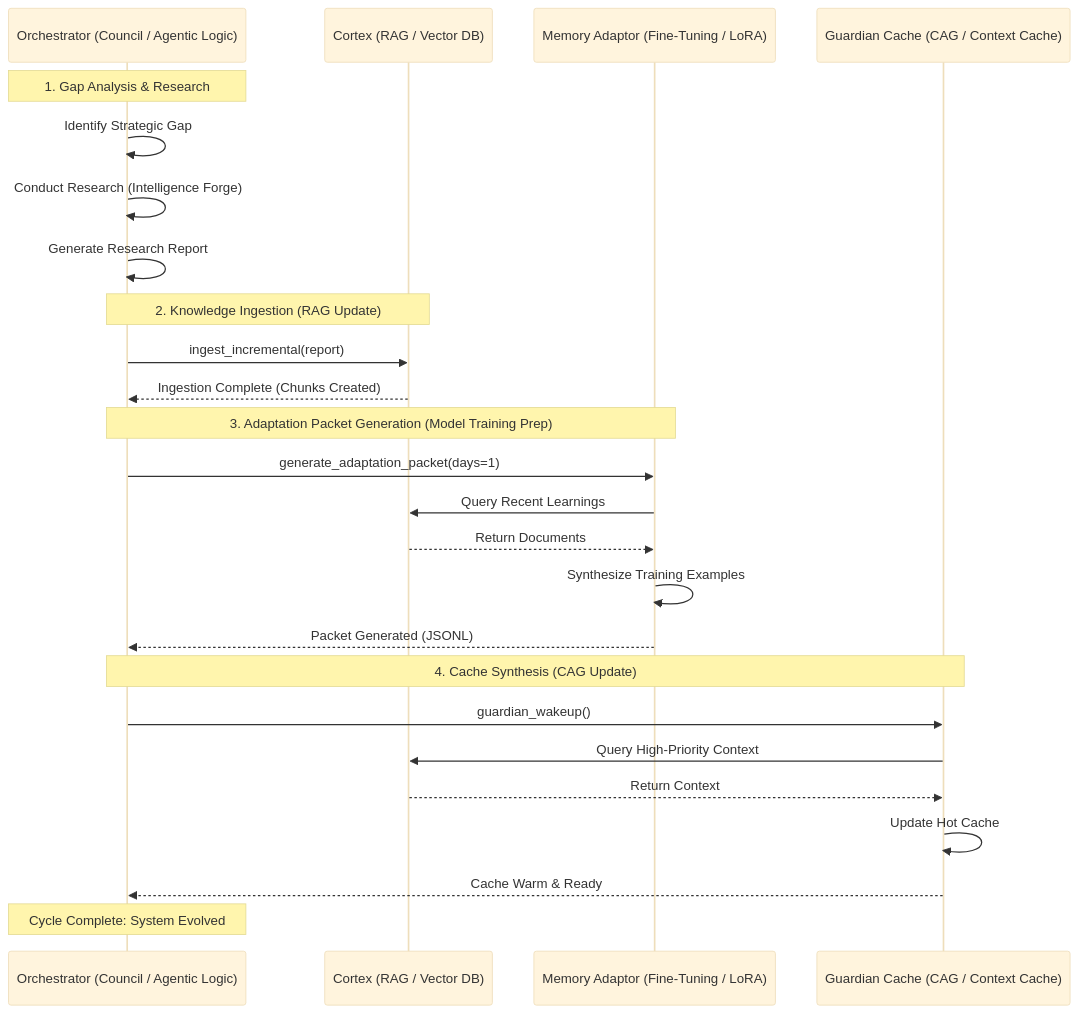
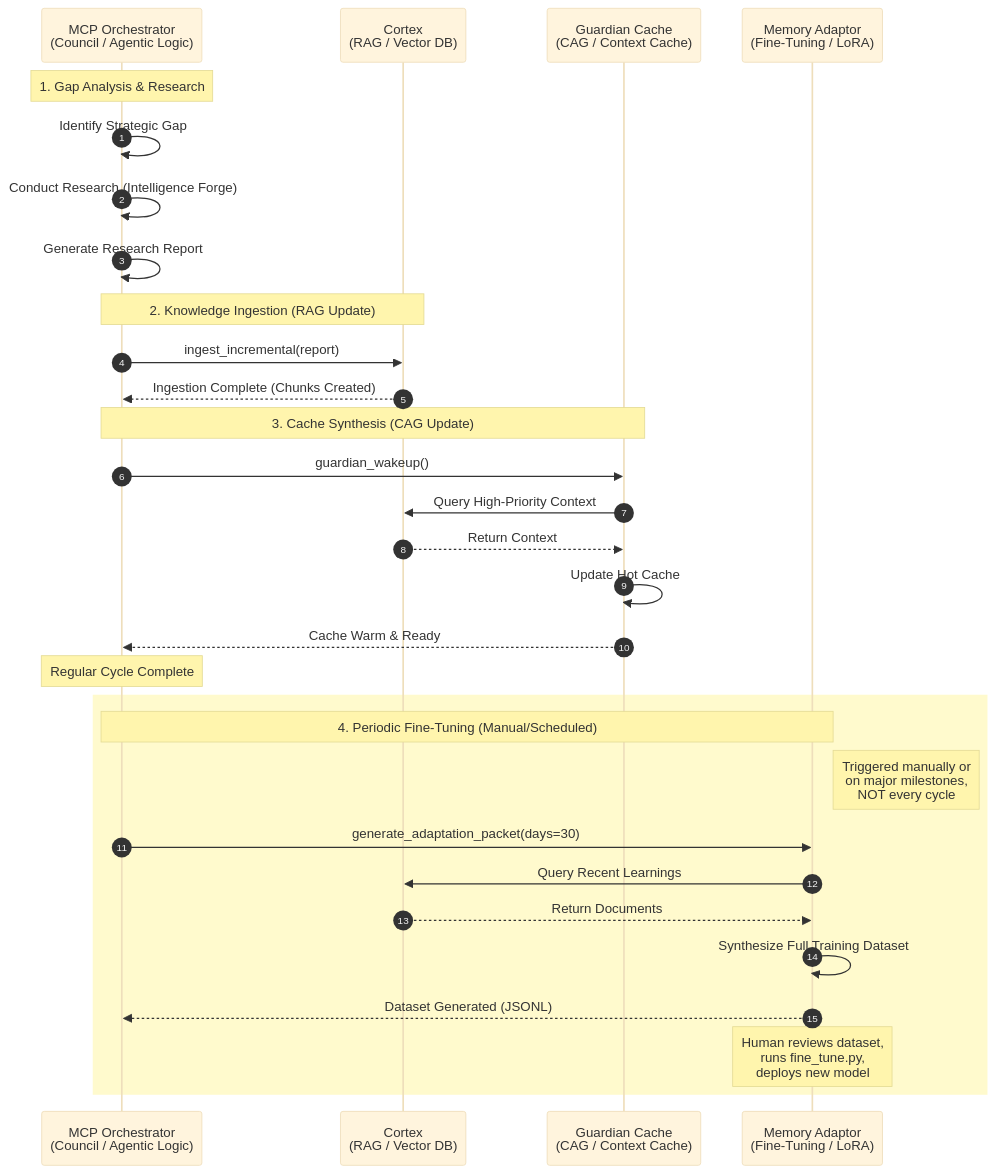
One commit to richfrem/Project_Sanctuary changed the first of 4 diagrams in README.md. Above: the diagram before and after it, drawn with Mermaid (base theme). The commit also changed 2 other files, not shown here.

Commit message:
docs: clarify fine-tuning is periodic, not per-cycle
- Moved fine-tuning to separate highlighted section
- Updated cycle to show regular flow: Research → RAG → Cache
- Added notes that fine-tuning is manual/scheduled, not automatic
- Changed adaptation packet timeframe from days=1 to days=30

````diff
--- a/README.md
+++ b/README.md
@@ -59,32 +59,37 @@
 ```mermaid
 sequenceDiagram
-    participant O as Orchestrator (Council / Agentic Logic)
-    participant C as Cortex (RAG / Vector DB)
-    participant M as Memory Adaptor (Fine-Tuning / LoRA)
-    participant G as Guardian Cache (CAG / Context Cache)
+    autonumber
+    participant O as MCP Orchestrator <BR>(Council / Agentic Logic)
+    participant C as Cortex <BR>(RAG / Vector DB)
+    participant G as Guardian Cache <BR>(CAG / Context Cache)
+    participant M as Memory Adaptor <BR>(Fine-Tuning / LoRA)
 
     Note over O: 1. Gap Analysis & Research
     O->>O: Identify Strategic Gap
     O->>O: Conduct Research (Intelligence Forge)
     O->>O: Generate Research Report
 
     Note over O, C: 2. Knowledge Ingestion (RAG Update)
     O->>C: ingest_incremental(report)
     C-->>O: Ingestion Complete (Chunks Created)
 
-    Note over O, M: 3. Adaptation Packet Generation (Model Training Prep)
-    O->>M: generate_adaptation_packet(days=1)
-    M->>C: Query Recent Learnings
-    C-->>M: Return Documents
-    M->>M: Synthesize Training Examples
-    M-->>O: Packet Generated (JSONL)
-
-    Note over O, G: 4. Cache Synthesis (CAG Update)
+    Note over O, G: 3. Cache Synthesis (CAG Update)
     O->>G: guardian_wakeup()
     G->>C: Query High-Priority Context
     C-->>G: Return Context
     G->>G: Update Hot Cache
     G-->>O: Cache Warm & Ready
 
-    Note over O: Cycle Complete: System Evolved
+    Note over O: Regular Cycle Complete
+
+    rect rgb(255, 250, 205)
+        Note over O, M: 4. Periodic Fine-Tuning (Manual/Scheduled)
+        Note right of M: Triggered manually or<br/>on major milestones,<br/>NOT every cycle
+        O->>M: generate_adaptation_packet(days=30)
+        M->>C: Query Recent Learnings
+        C-->>M: Return Documents
+        M->>M: Synthesize Full Training Dataset
+        M-->>O: Dataset Generated (JSONL)
+        Note over M: Human reviews dataset,<br/>runs fine_tune.py,<br/>deploys new model
+    end
 ```
````
